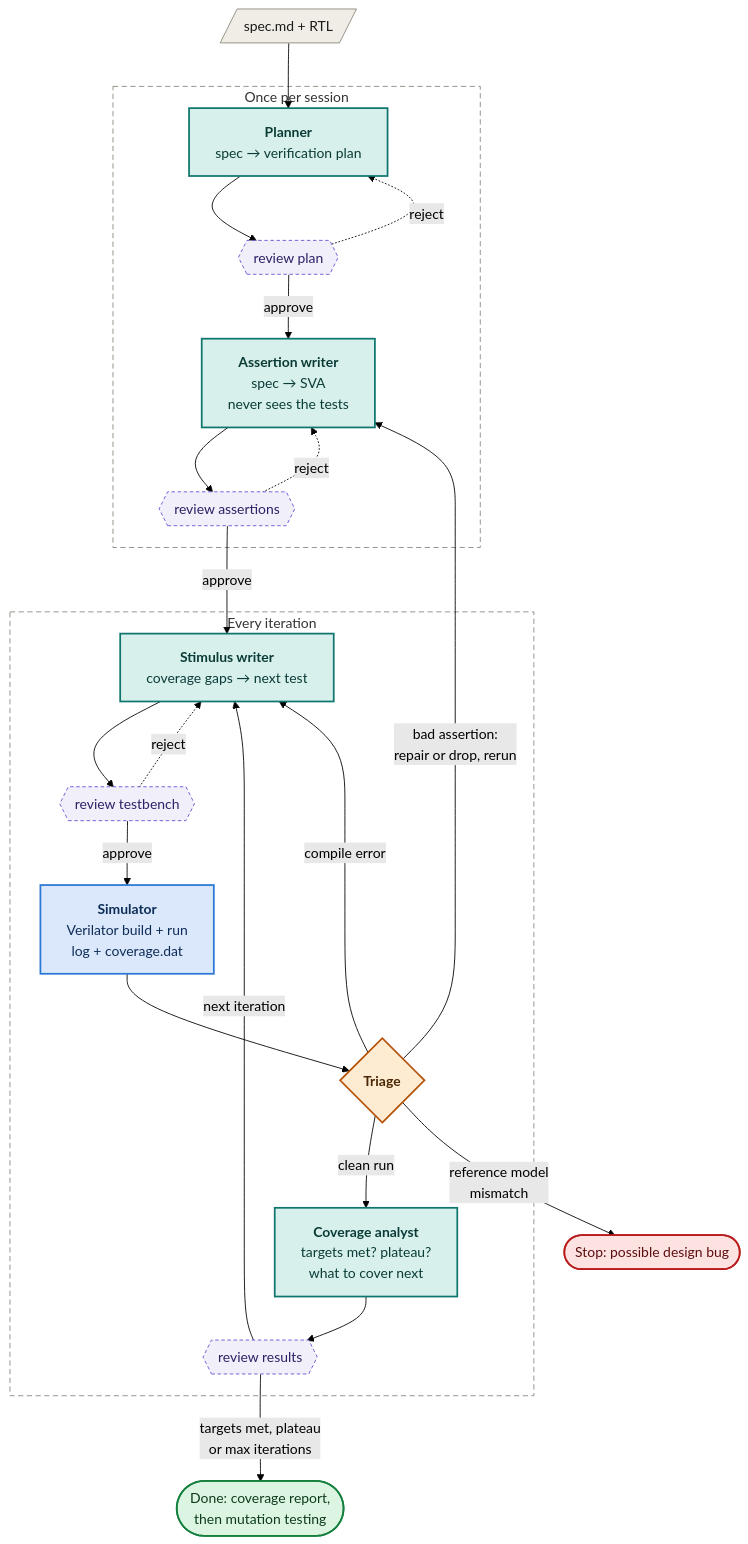
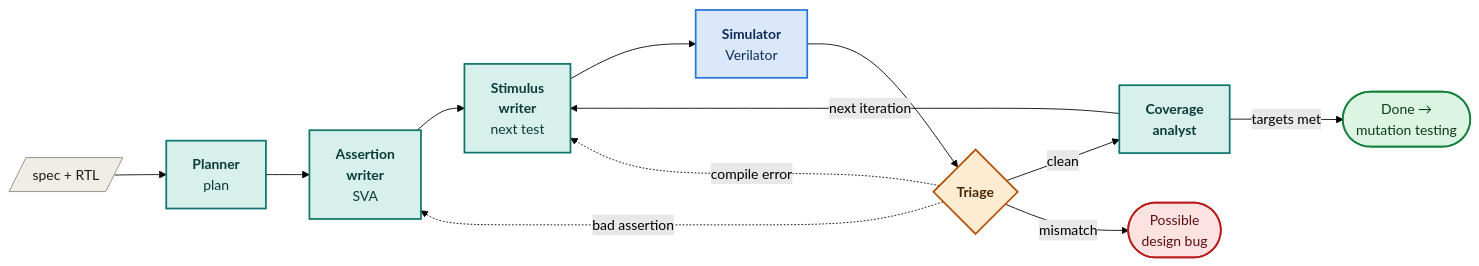
The diagram in README.md (Henil-08/rtl-coverage-agents), drawn with Mermaid (forest theme) before and after one commit. The commit also changed other lines of this file, not shown here.

Commit message:
Make the README flowchart a single compact row

````diff
--- a/README.md
+++ b/README.md
@@ -49,51 +49,21 @@
 ```mermaid
-flowchart TD
-    SPEC[/"spec.md + RTL"/]:::input
-
-    subgraph SETUP["Once per session"]
-        PLAN["<b>Planner</b><br/>spec → verification plan"]:::llm
-        G1{{"review plan"}}:::gate
-        ASSERT["<b>Assertion writer</b><br/>spec → SVA<br/>never sees the tests"]:::llm
-        G2{{"review assertions"}}:::gate
-    end
-
-    subgraph LOOP["Every iteration"]
-        STIM["<b>Stimulus writer</b><br/>coverage gaps → next test"]:::llm
-        G3{{"review testbench"}}:::gate
-        SIM["<b>Simulator</b><br/>Verilator build + run<br/>log + coverage.dat"]:::tool
-        TRI{"<b>Triage</b>"}:::rule
-        AN["<b>Coverage analyst</b><br/>targets met? plateau?<br/>what to cover next"]:::llm
-        G4{{"review results"}}:::gate
-    end
-
-    DONE(["Done: coverage report,<br/>then mutation testing"]):::done
-    BUG(["Stop: possible design bug"]):::bad
-
-    SPEC --> PLAN --> G1
-    G1 -- approve --> ASSERT
-    G1 -. reject .-> PLAN
-    ASSERT --> G2
-    G2 -. reject .-> ASSERT
-    G2 -- approve --> STIM
-    STIM --> G3
-    G3 -. reject .-> STIM
-    G3 -- approve --> SIM
-    SIM --> TRI
-    TRI -- "clean run" --> AN
-    TRI -- "compile error" --> STIM
-    TRI -- "bad assertion:<br/>repair or drop, rerun" --> ASSERT
-    TRI -- "reference model<br/>mismatch" --> BUG
-    AN --> G4
-    G4 -- "next iteration" --> STIM
-    G4 -- "targets met, plateau<br/>or max iterations" --> DONE
+flowchart LR
+    SPEC[/"spec + RTL"/]:::input --> PLAN["<b>Planner</b><br/>plan"]:::llm
+    PLAN --> ASSERT["<b>Assertion<br/>writer</b><br/>SVA"]:::llm
+    ASSERT --> STIM["<b>Stimulus<br/>writer</b><br/>next test"]:::llm
+    STIM --> SIM["<b>Simulator</b><br/>Verilator"]:::tool
+    SIM --> TRI{"<b>Triage</b>"}:::rule
+    TRI -- clean --> AN["<b>Coverage<br/>analyst</b>"]:::llm
+    AN -- "next iteration" --> STIM
+    AN -- "targets met" --> DONE(["Done →<br/>mutation testing"]):::done
+    TRI -. "compile error" .-> STIM
+    TRI -. "bad assertion" .-> ASSERT
+    TRI -- mismatch --> BUG(["Possible<br/>design bug"]):::bad
 
     classDef input fill:#efede6,stroke:#8a867b,color:#1c1b19
     classDef llm fill:#d7f0ec,stroke:#0f766e,stroke-width:2px,color:#0b3b37
     classDef tool fill:#dbe8fb,stroke:#2a78d6,stroke-width:2px,color:#0d2c57
     classDef rule fill:#fdecd2,stroke:#b45309,stroke-width:2px,color:#4a2604
-    classDef gate fill:#f1effa,stroke:#6250d6,stroke-dasharray:4 3,color:#2b2266
     classDef done fill:#dcf5e3,stroke:#15803d,stroke-width:2px,color:#0d3b1d
     classDef bad fill:#fde2e2,stroke:#b91c1c,stroke-width:2px,color:#5c0d0d
-    style SETUP fill:transparent,stroke:#8a867b,stroke-dasharray:6 4
-    style LOOP fill:transparent,stroke:#8a867b,stroke-dasharray:6 4
 ```
````
